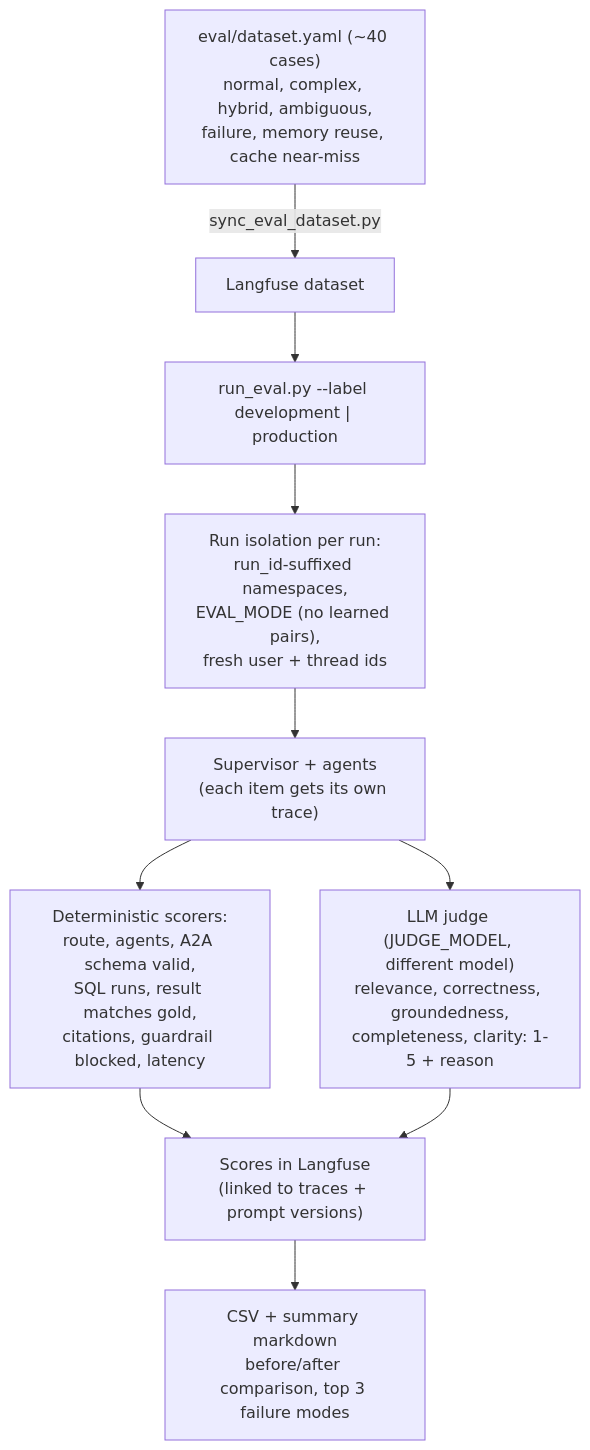
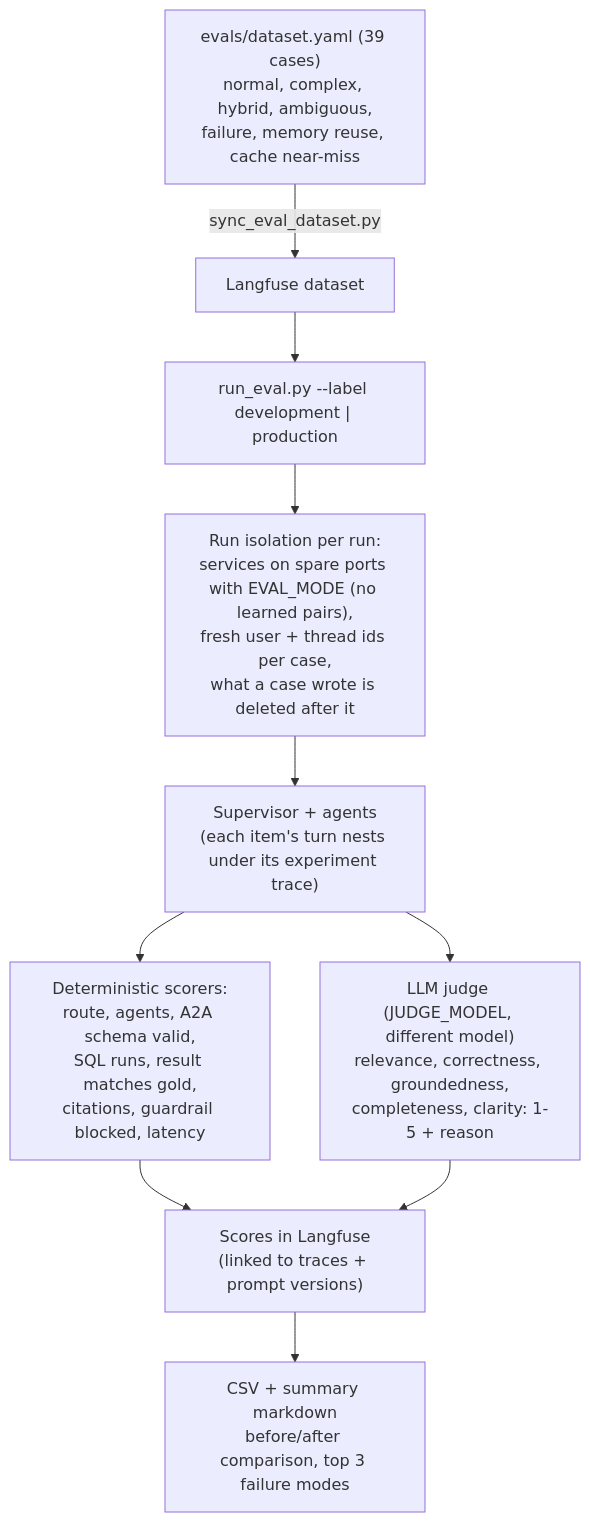
Diagram 20 of 21 in docs/architecture/hld_lld.md (SwatantraJain-02/multi_conversational_agentic_system), drawn with Mermaid before and after one commit. The commit also changed other lines of this file, not shown here.

First line of the commit message:
Update the architecture document to match what is built

````diff
--- a/docs/architecture/hld_lld.md
+++ b/docs/architecture/hld_lld.md
@@ -571,11 +588,11 @@
 ```mermaid
 flowchart TD
-    ds["eval/dataset.yaml (~40 cases)<br/>normal, complex, hybrid, ambiguous,<br/>failure, memory reuse, cache near-miss"] -->|"sync_eval_dataset.py"| lds["Langfuse dataset"]
+    ds["evals/dataset.yaml (39 cases)<br/>normal, complex, hybrid, ambiguous,<br/>failure, memory reuse, cache near-miss"] -->|"sync_eval_dataset.py"| lds["Langfuse dataset"]
     lds --> run["run_eval.py --label development | production"]
-    run --> iso["Run isolation per run:<br/>run_id-suffixed namespaces,<br/>EVAL_MODE (no learned pairs),<br/>fresh user + thread ids"]
-    iso --> sys["Supervisor + agents<br/>(each item gets its own trace)"]
+    run --> iso["Run isolation per run:<br/>services on spare ports with EVAL_MODE (no learned pairs),<br/>fresh user + thread ids per case,<br/>what a case wrote is deleted after it"]
+    iso --> sys["Supervisor + agents<br/>(each item's turn nests under its experiment trace)"]
     sys --> det["Deterministic scorers:<br/>route, agents, A2A schema valid,<br/>SQL runs, result matches gold,<br/>citations, guardrail blocked, latency"]
     sys --> jdg["LLM judge (JUDGE_MODEL, different model)<br/>relevance, correctness, groundedness,<br/>completeness, clarity: 1-5 + reason"]
     det & jdg --> sc["Scores in Langfuse<br/>(linked to traces + prompt versions)"]
     sc --> rep["CSV + summary markdown<br/>before/after comparison, top 3 failure modes"]
 ```
````
